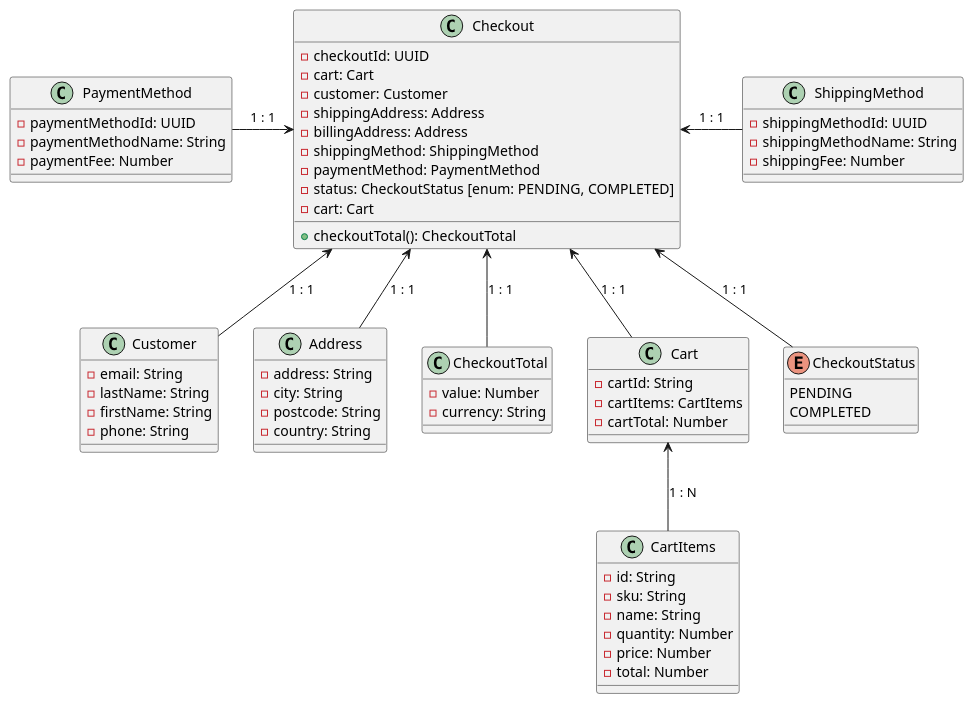
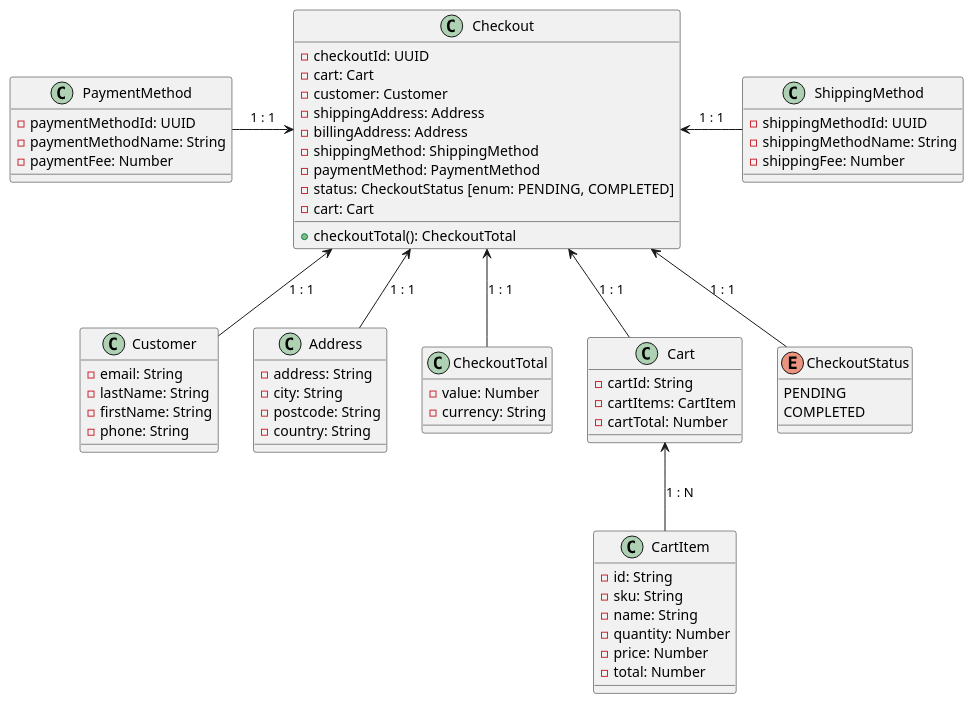
Before and after one commit to ngabesz/storefrontdemo: the first of 2 diagrams in Checkout/App/docs/api.adoc, drawn with PlantUML. The commit also changed 2 other files, not shown here.

Commit message:
cart models

```diff
--- a/Checkout/App/docs/api.adoc
+++ b/Checkout/App/docs/api.adoc
@@ -155,75 +155,75 @@
 [plantuml]
 ----
 class Checkout {
     - checkoutId: UUID
     - cart: Cart
     - customer: Customer
     - shippingAddress: Address
     - billingAddress: Address
     - shippingMethod: ShippingMethod
     - paymentMethod: PaymentMethod
     - status: CheckoutStatus [enum: PENDING, COMPLETED]
     - cart: Cart
     + checkoutTotal(): CheckoutTotal
 }
 
 class Customer {
     - email: String
     - lastName: String
     - firstName: String
     - phone: String
 }
 
 class Address {
     - address: String
     - city: String
     - postcode: String
     - country: String
 }
 
 class ShippingMethod {
     - shippingMethodId: UUID
     - shippingMethodName: String
     - shippingFee: Number
 }
 
 class PaymentMethod {
     - paymentMethodId: UUID
     - paymentMethodName: String
     - paymentFee: Number
 }
 
 class CheckoutTotal {
     - value: Number
     - currency: String
 }
 
 class Cart {
     - cartId: String
-    - cartItems: CartItems
+    - cartItems: CartItem
     - cartTotal: Number
 }
 
-class CartItems {
+class CartItem {
     - id: String
     - sku: String
     - name: String
     - quantity: Number
     - price: Number
     - total: Number
 }
 
 enum CheckoutStatus {
     PENDING
     COMPLETED
 }
 
 Checkout <-- Customer : 1 : 1
 Checkout <-- Address : 1 : 1
 Checkout <- ShippingMethod : 1 : 1
 PaymentMethod -> Checkout : 1 : 1
 Checkout <-- CheckoutStatus : 1 : 1
 Checkout <-- CheckoutTotal : 1 : 1
 Checkout <-- Cart : 1 : 1
-Cart <-- CartItems : 1 : N
+Cart <-- CartItem : 1 : N
 ----
```
